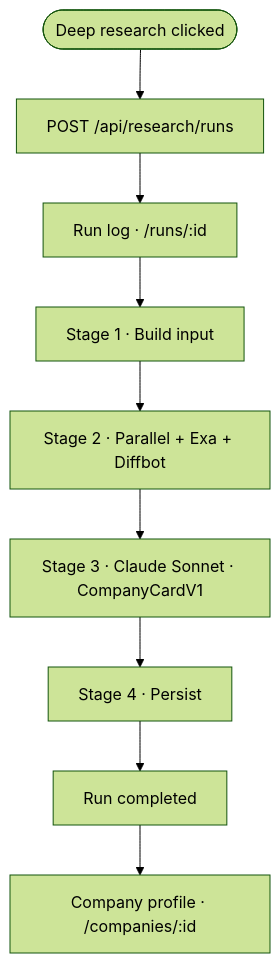
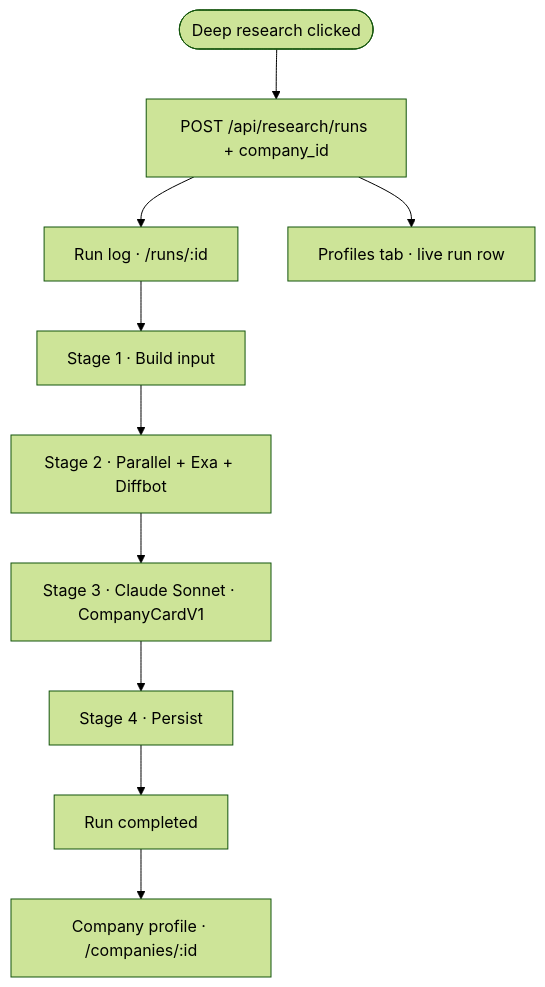
Before and after one commit to Growth-Maschine/NORAD-INTEL-ENGINE-V1: the second of 5 diagrams in docs/phase-1/P1-01-user.md, drawn with Mermaid (forest theme). The commit also changed other lines of this file and 8 other files, not shown here.

First line of the commit message:
feat(docs): enhance phase-1 documentation for company research and discovery features

````diff
--- a/docs/phase-1/P1-01-user.md
+++ b/docs/phase-1/P1-01-user.md
@@ -233,11 +233,12 @@
 ```mermaid
 flowchart TD
-    START([Deep research clicked]) --> API[POST /api/research/runs]
+    START([Deep research clicked]) --> API[POST /api/research/runs + company_id]
     API --> RUNLOG[Run log · /runs/:id]
+    API --> FEED[Profiles tab · live run row]
     RUNLOG --> S1[Stage 1 · Build input]
     S1 --> S2[Stage 2 · Parallel + Exa + Diffbot]
     S2 --> S3[Stage 3 · Claude Sonnet · CompanyCardV1]
     S3 --> S4[Stage 4 · Persist]
     S4 --> DONE[Run completed]
     DONE --> PROFILE[Company profile · /companies/:id]
 ```
````
